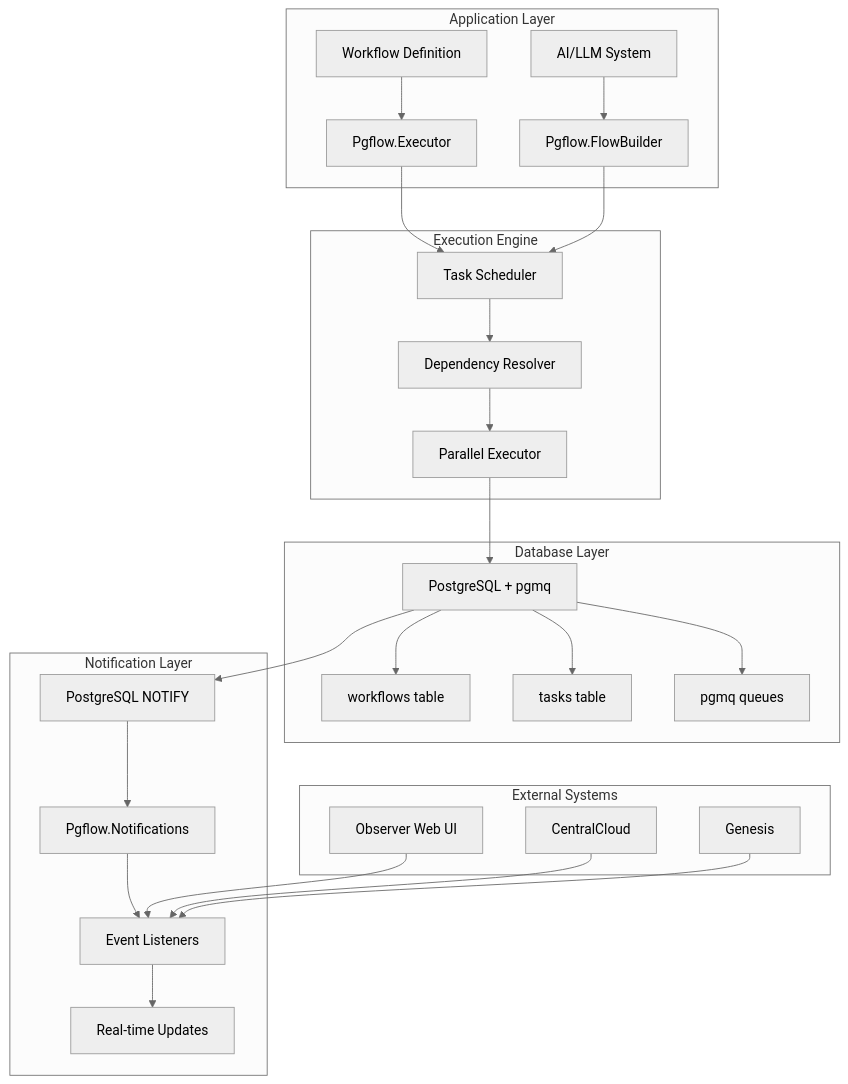
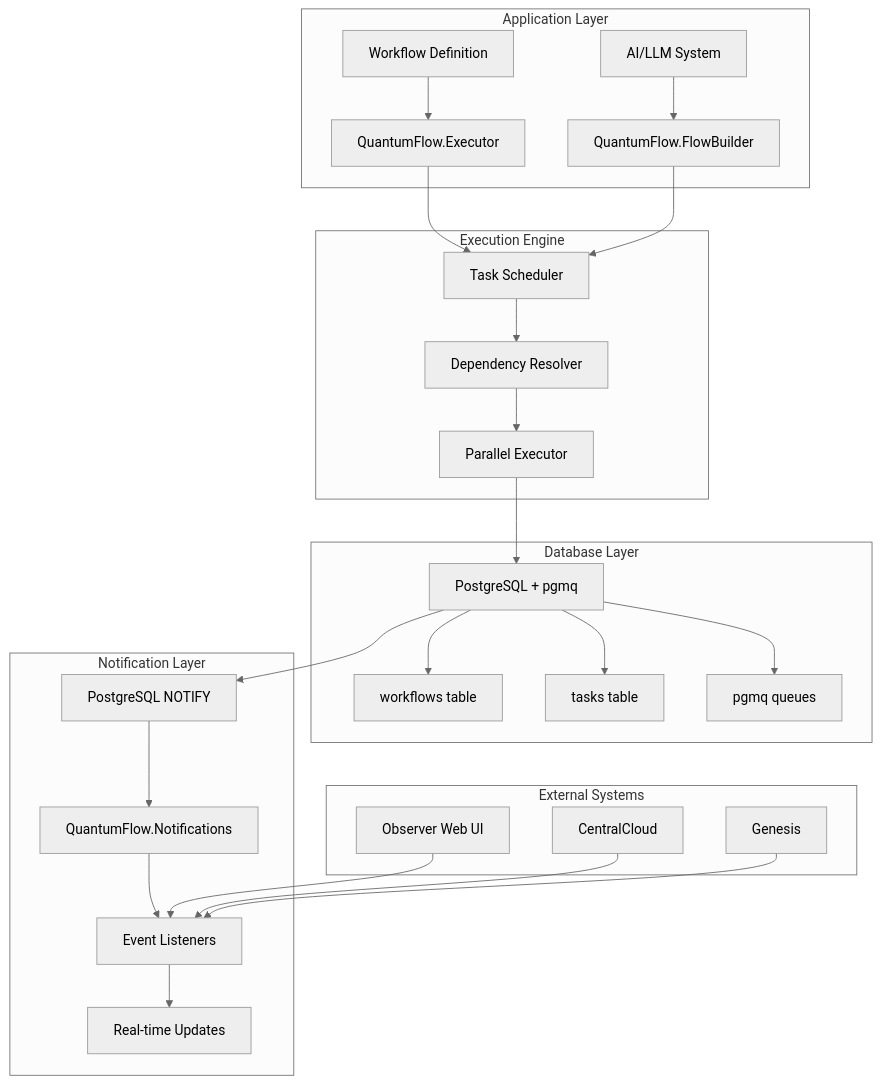
The first of 15 diagrams in docs/architecture_diagrams.md (Singularity-ng/singularity-workflows), drawn with Mermaid (neutral theme) before and after one commit. The commit also changed other lines of this file and 410 other files, not shown here.

First line of the commit message:
Rename ex_pgflow package to ex_quantum_flow

````diff
--- a/docs/architecture_diagrams.md
+++ b/docs/architecture_diagrams.md
@@ -9,34 +9,34 @@
 ```mermaid
 graph TB
     subgraph "Application Layer"
-        A[Workflow Definition] --> B[Pgflow.Executor]
-        C[AI/LLM System] --> D[Pgflow.FlowBuilder]
+        A[Workflow Definition] --> B[QuantumFlow.Executor]
+        C[AI/LLM System] --> D[QuantumFlow.FlowBuilder]
     end
     
     subgraph "Execution Engine"
         B --> E[Task Scheduler]
         D --> E
         E --> F[Dependency Resolver]
         F --> G[Parallel Executor]
     end
     
     subgraph "Database Layer"
         G --> H[PostgreSQL + pgmq]
         H --> I[workflows table]
         H --> J[tasks table]
         H --> K[pgmq queues]
     end
     
     subgraph "Notification Layer"
         H --> L[PostgreSQL NOTIFY]
-        L --> M[Pgflow.Notifications]
+        L --> M[QuantumFlow.Notifications]
         M --> N[Event Listeners]
         N --> O[Real-time Updates]
     end
     
     subgraph "External Systems"
         P[Observer Web UI] --> N
         Q[CentralCloud] --> N
         R[Genesis] --> N
     end
 ```
````
